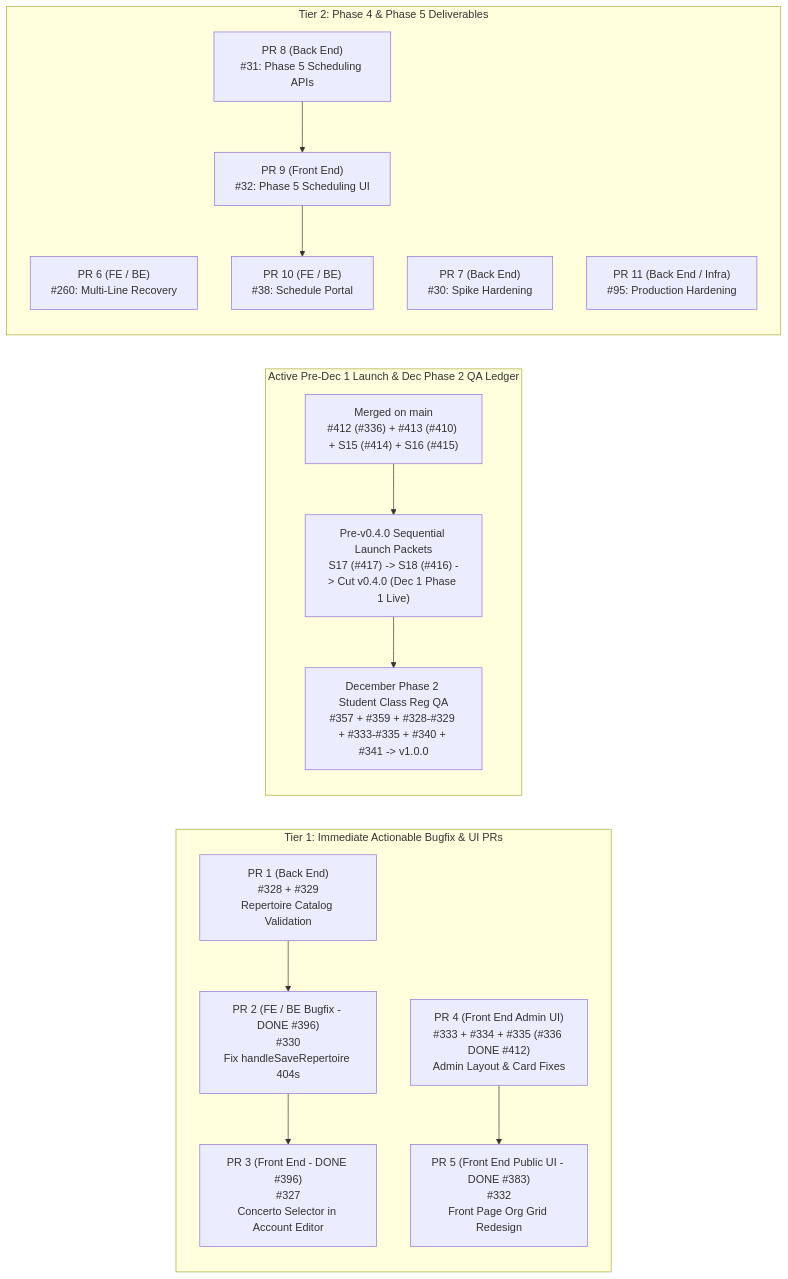
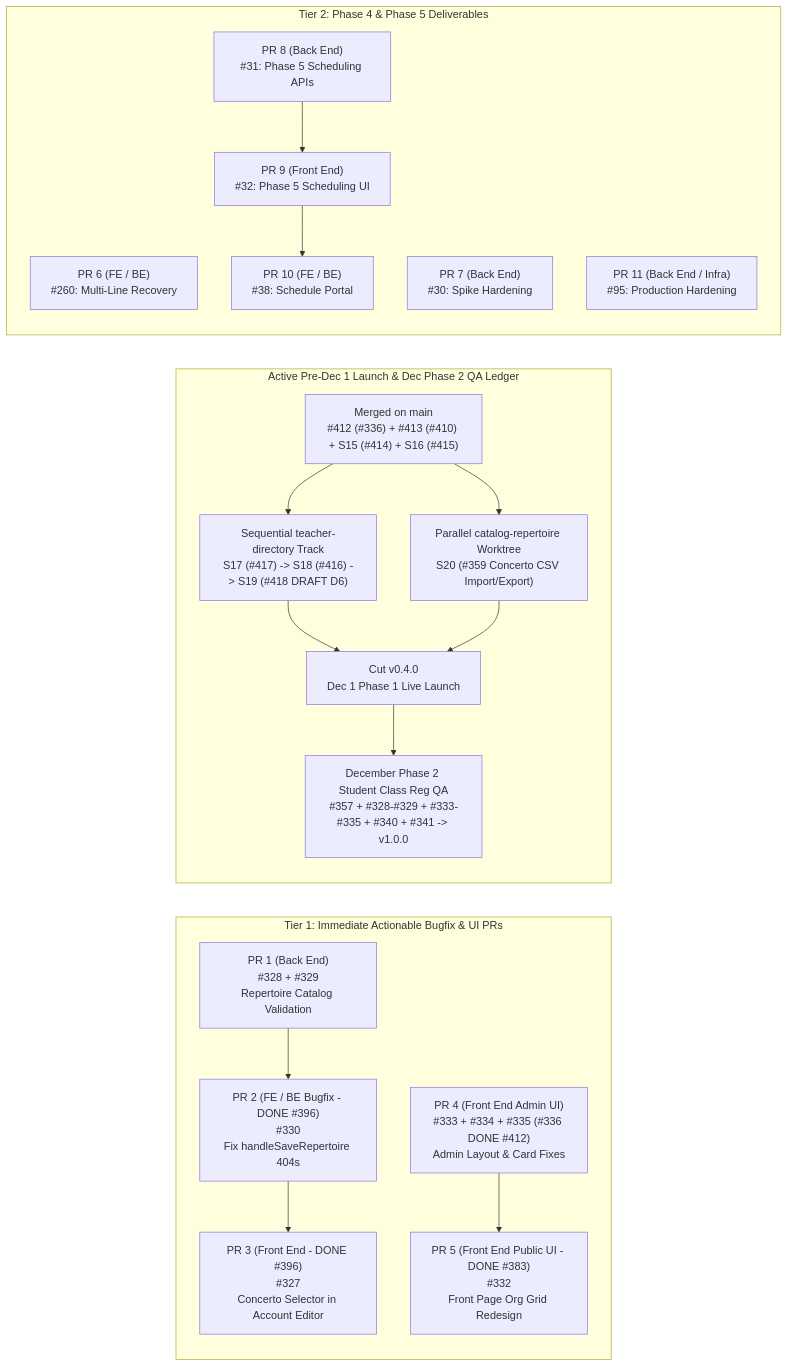
One commit to angelaqingx/Festival changed the diagram in docs/issue-pr-roadmap.md. Above: the diagram before and after it, drawn with Mermaid. The commit also changed other lines of this file and 7 other files, not shown here.

````diff
--- a/docs/issue-pr-roadmap.md
+++ b/docs/issue-pr-roadmap.md
@@ -123,29 +125,33 @@
 ```mermaid
 flowchart LR
   subgraph Tier1["Tier 1: Immediate Actionable Bugfix & UI PRs"]
     PR1["PR 1 (Back End)<br/>#328 + #329<br/>Repertoire Catalog Validation"]
     PR2["PR 2 (FE / BE Bugfix - DONE #396)<br/>#330<br/>Fix handleSaveRepertoire 404s"]
     PR3["PR 3 (Front End - DONE #396)<br/>#327<br/>Concerto Selector in Account Editor"]
     PR4["PR 4 (Front End Admin UI)<br/>#333 + #334 + #335 (#336 DONE #412)<br/>Admin Layout & Card Fixes"]
     PR5["PR 5 (Front End Public UI - DONE #383)<br/>#332<br/>Front Page Org Grid Redesign"]
     PR1 --> PR2 --> PR3
     PR4 --> PR5
   end
 
   subgraph Active["Active Pre-Dec 1 Launch & Dec Phase 2 QA Ledger"]
     DoneW4["Merged on main<br/>#412 (#336) + #413 (#410) + S15 (#414) + S16 (#415)"]
-    S17S18["Pre-v0.4.0 Sequential Launch Packets<br/>S17 (#417) -> S18 (#416) -> Cut v0.4.0 (Dec 1 Phase 1 Live)"]
-    DecQA["December Phase 2 Student Class Reg QA<br/>#357 + #359 + #328-#329 + #333-#335 + #340 + #341 -> v1.0.0"]
-    DoneW4 --> S17S18 --> DecQA
+    S17S19["Sequential teacher-directory Track<br/>S17 (#417) -> S18 (#416) -> S19 (#418 DRAFT D6)"]
+    S20CSV["Parallel catalog-repertoire Worktree<br/>S20 (#359 Concerto CSV Import/Export)"]
+    Cut040["Cut v0.4.0<br/>Dec 1 Phase 1 Live Launch"]
+    DecQA["December Phase 2 Student Class Reg QA<br/>#357 + #328-#329 + #333-#335 + #340 + #341 -> v1.0.0"]
+    DoneW4 --> S17S19 --> Cut040
+    DoneW4 --> S20CSV --> Cut040
+    Cut040 --> DecQA
   end
 
   subgraph Tier2["Tier 2: Phase 4 & Phase 5 Deliverables"]
     PR6["PR 6 (FE / BE)<br/>#260: Multi-Line Recovery"]
     PR7["PR 7 (Back End)<br/>#30: Spike Hardening"]
     PR8["PR 8 (Back End)<br/>#31: Phase 5 Scheduling APIs"]
     PR9["PR 9 (Front End)<br/>#32: Phase 5 Scheduling UI"]
     PR10["PR 10 (FE / BE)<br/>#38: Schedule Portal"]
     PR11["PR 11 (Back End / Infra)<br/>#95: Production Hardening"]
     PR8 --> PR9 --> PR10
   end
 ```
````
